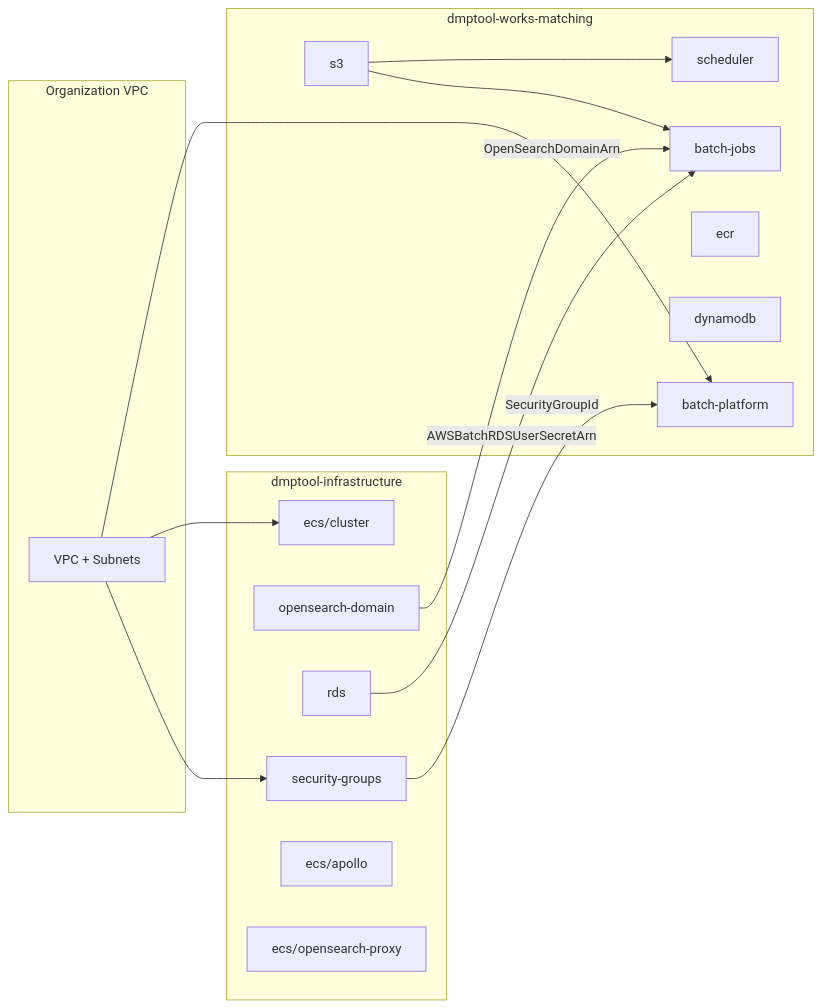
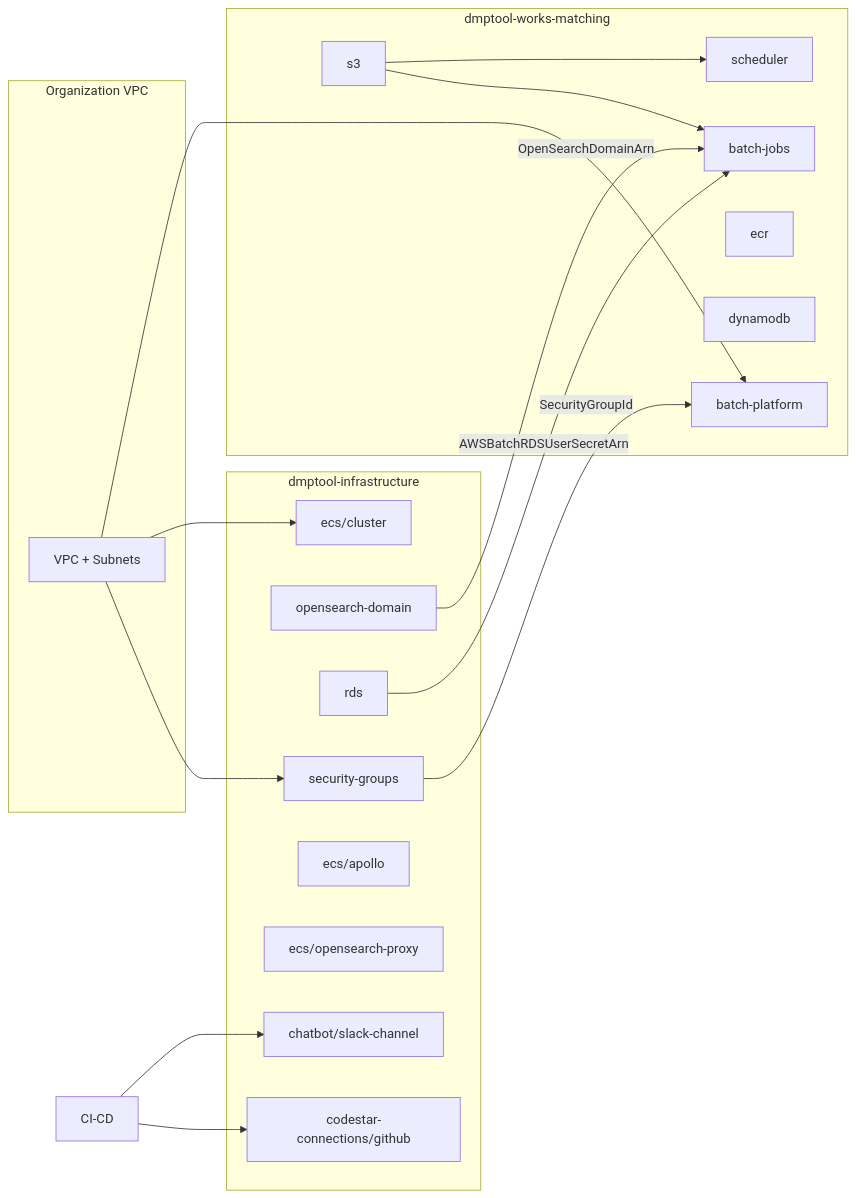
The first of 6 diagrams in docs/aws/architecture.md (CDLUC3/dmptool-works-matching), drawn with Mermaid before and after one commit. The commit also changed other lines of this file and 7 other files, not shown here.

````diff
--- a/docs/aws/architecture.md
+++ b/docs/aws/architecture.md
@@ -19,35 +20,40 @@
 ```mermaid
 flowchart LR
     subgraph vpc ["Organization VPC"]
         VPC["VPC + Subnets"]
     end
 
     subgraph infra ["dmptool-infrastructure"]
         SG["security-groups"]
         OS["opensearch-domain"]
         RDS["rds"]
         CLUSTER["ecs/cluster"]
         APOLLO["ecs/apollo"]
         PROXY["ecs/opensearch-proxy"]
+        CODESTAR["codestar-connections/github"]
+        CHATBOT["chatbot/slack-channel"]
     end
 
     subgraph works ["dmptool-works-matching"]
         BPLAT["batch-platform"]
         BJOBS["batch-jobs"]
         S3["s3"]
         ECR["ecr"]
         DYNAMO["dynamodb"]
         SCHED["scheduler"]
     end
 
     VPC --> SG
     VPC --> CLUSTER
     VPC --> BPLAT
 
     SG -- "SecurityGroupId" --> BPLAT
     OS -- "OpenSearchDomainArn" --> BJOBS
     RDS -- "AWSBatchRDSUserSecretArn" --> BJOBS
 
     S3 --> BJOBS
     S3 --> SCHED
+    
+    CI-CD --> CODESTAR
+    CI-CD --> CHATBOT
 ```
````
